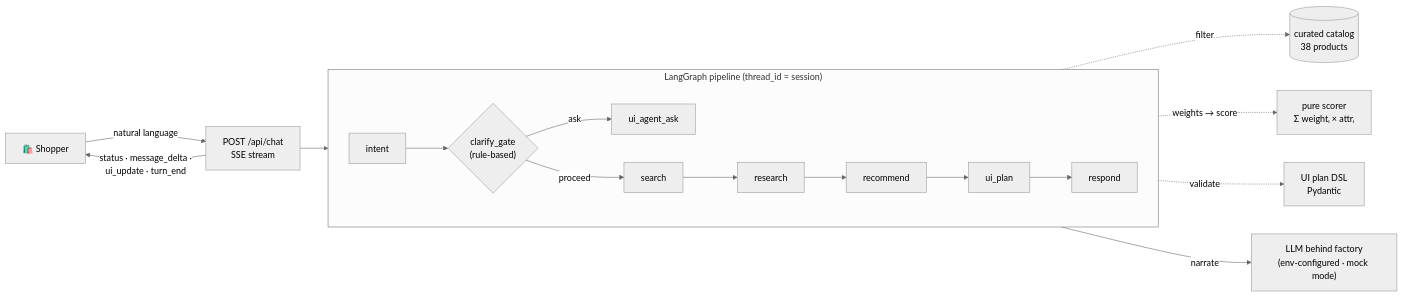
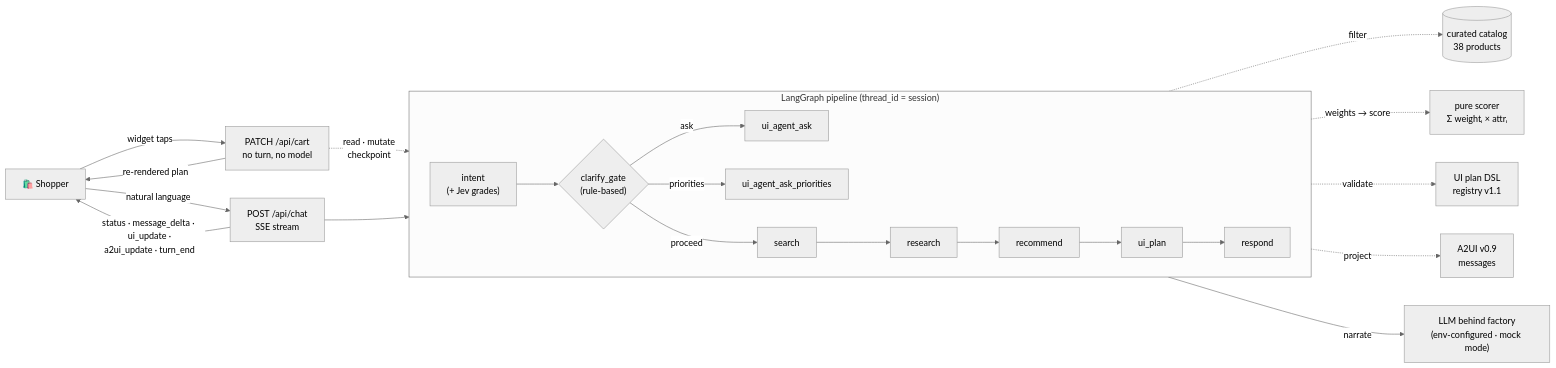
Before and after one commit to Zahrannnn/agentic-shop: the diagram in README.md, drawn with Mermaid (neutral theme). The commit also changed other lines of this file and 6 other files, not shown here.

Commit message:
docs(readme): second-act refresh — judgment layer, A2UI projection, registry v1.1, optimistic cart

````diff
--- a/README.md
+++ b/README.md
@@ -61,19 +72,24 @@
 ```mermaid
 flowchart LR
     U["🛍️ Shopper"] -->|"natural language"| API["POST /api/chat<br/>SSE stream"]
+    U -->|"widget taps"| PATCH["PATCH /api/cart<br/>no turn, no model"]
+    PATCH -.->|"read · mutate<br/>checkpoint"| G
     API --> G
 
     subgraph G["LangGraph pipeline (thread_id = session)"]
         direction LR
-        I["intent"] --> CG{"clarify_gate<br/>(rule-based)"}
+        I["intent<br/>(+ Jev grades)"] --> CG{"clarify_gate<br/>(rule-based)"}
         CG -->|"ask"| QA["ui_agent_ask"]
+        CG -->|"priorities"| QP["ui_agent_ask_priorities"]
         CG -->|"proceed"| S["search"] --> RES["research"] --> REC["recommend"] --> UP["ui_plan"] --> R["respond"]
     end
 
     S -.->|"filter"| C[("curated catalog<br/>38 products")]
     REC -.->|"weights → score"| P["pure scorer<br/>Σ weightᵢ × attrᵢ"]
-    UP -.->|"validate"| D["UI plan DSL<br/>Pydantic"]
+    UP -.->|"validate"| D["UI plan DSL<br/>registry v1.1"]
+    UP -.->|"project"| A["A2UI v0.9<br/>messages"]
     RES -->|"narrate"| LLM["LLM behind factory<br/>(env-configured · mock mode)"]
 
-    API -->|"status · message_delta ·<br/>ui_update · turn_end"| U
+    API -->|"status · message_delta · ui_update ·<br/>a2ui_update · turn_end"| U
+    PATCH -->|"re-rendered plan"| U
 ```
````
